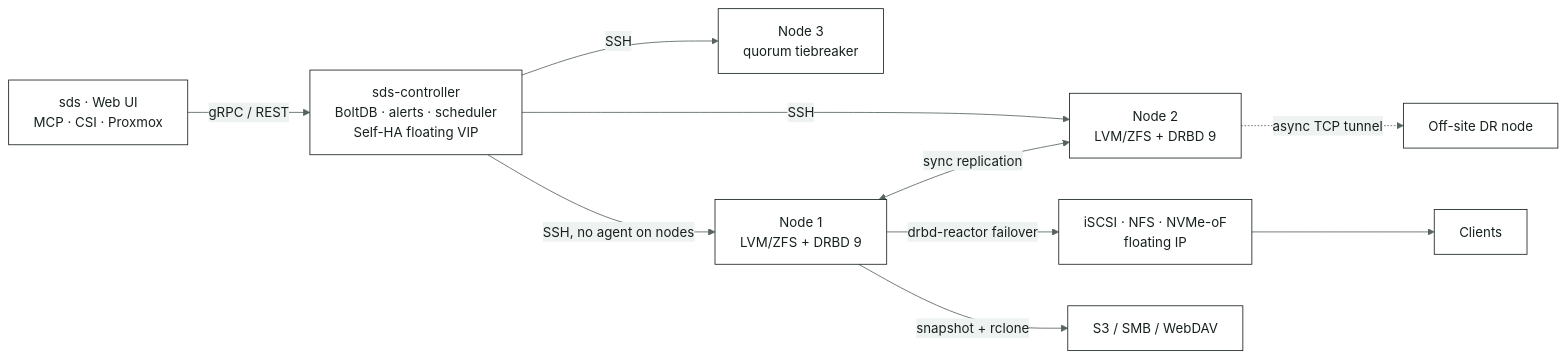
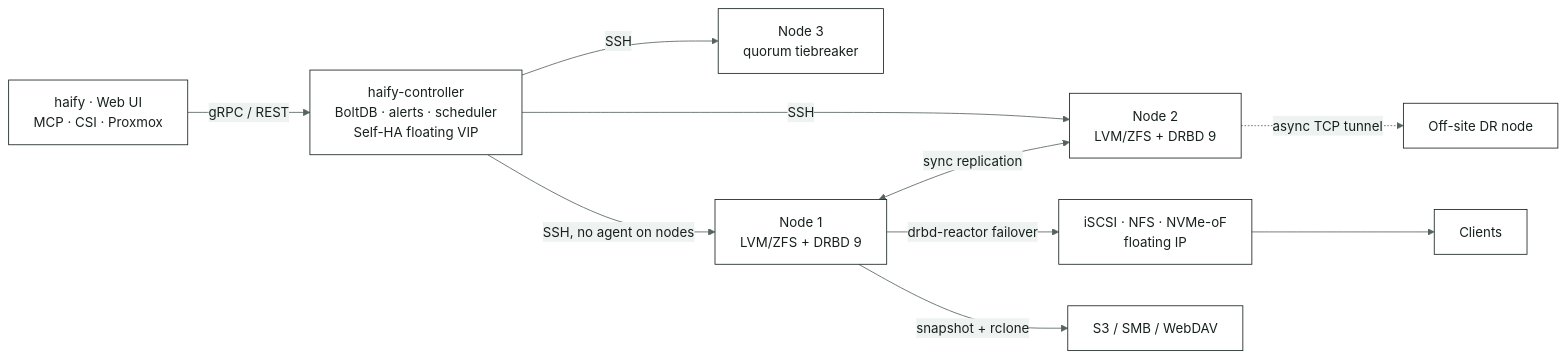
One commit to haify-project/sds changed the diagram in docs/img/architecture-en.mmd. Above: the diagram before and after it, drawn with Mermaid. The commit also changed 759 other files, not shown here.

Commit message:
Rename SDS to Haify throughout: commands, binaries, packages, identifiers, paths and the landing page

```diff
--- a/docs/img/architecture-en.mmd
+++ b/docs/img/architecture-en.mmd
@@ -1,13 +1,13 @@
 %%{init: {"theme": "base", "flowchart": {"curve": "basis", "wrappingWidth": 400}, "themeVariables": {"primaryColor": "#ffffff", "primaryBorderColor": "#17211e", "primaryTextColor": "#17211e", "lineColor": "#56635e", "edgeLabelBackground": "#eef3f1"}}}%%
 %% Source of architecture-en.png. Regenerate with:
 %%   npx -p @mermaid-js/mermaid-cli mmdc -i architecture-en.mmd -o architecture-en.png -b white -s 2
 flowchart LR
-    clients["sds · Web UI<br>MCP · CSI · Proxmox"] -- gRPC / REST --> ctl["sds-controller<br>BoltDB · alerts · scheduler<br>Self-HA floating VIP"]
+    clients["haify · Web UI<br>MCP · CSI · Proxmox"] -- gRPC / REST --> ctl["haify-controller<br>BoltDB · alerts · scheduler<br>Self-HA floating VIP"]
     ctl -- SSH --> n2["Node 2<br>LVM/ZFS + DRBD 9"]
     ctl -- SSH --> n3["Node 3<br>quorum tiebreaker"]
     ctl -- "SSH, no agent on nodes" --> n1["Node 1<br>LVM/ZFS + DRBD 9"]
     n1 <-- sync replication --> n2
     n2 -. async TCP tunnel .-> dr["Off-site DR node"]
     n1 -- drbd-reactor failover --> gw["iSCSI · NFS · NVMe-oF<br>floating IP"]
     gw --> app["Clients"]
     n1 -- snapshot + rclone --> bk["S3 / SMB / WebDAV"]
```
